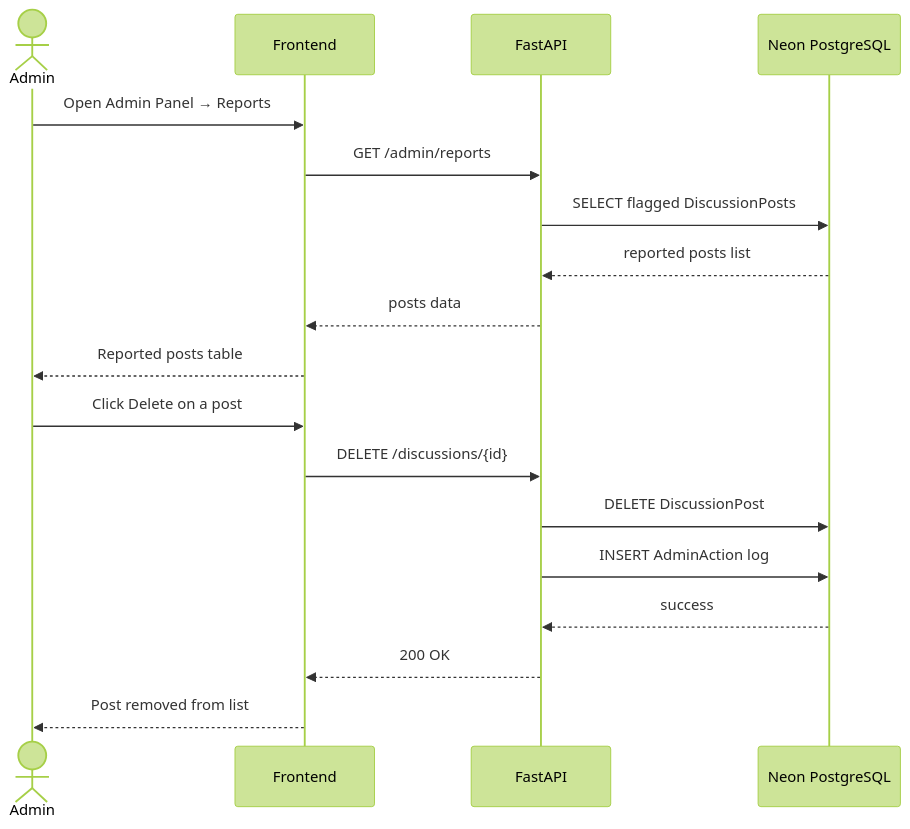
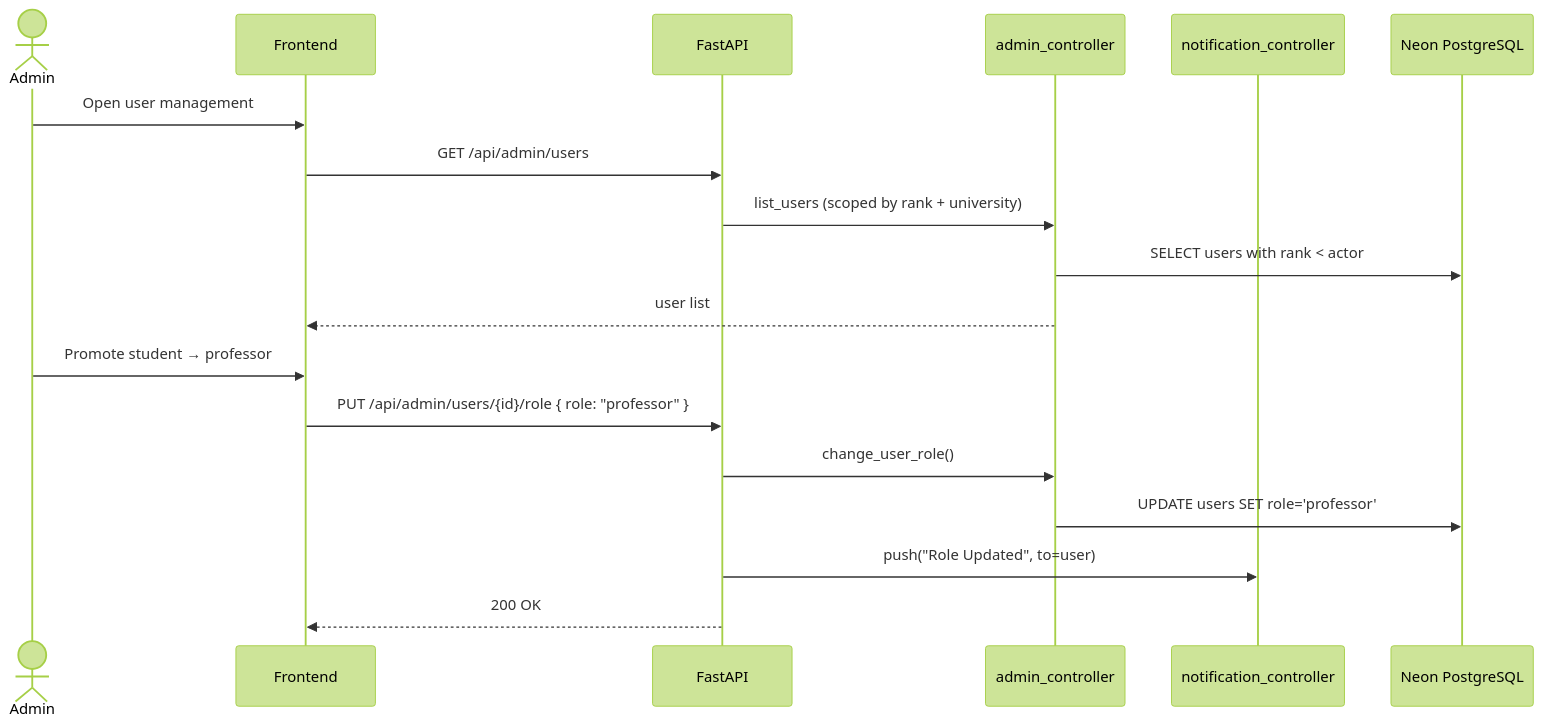
Before and after one commit to yazidha09/Hub4Learners: the fifth of 5 diagrams in docs/sprints/SPRINT_6.md, drawn with Mermaid (forest theme). The commit also changed other lines of this file and 5 other files, not shown here.

````diff
--- a/docs/sprints/SPRINT_6.md
+++ b/docs/sprints/SPRINT_6.md
@@ -132,22 +203,22 @@
 ```mermaid
 sequenceDiagram
     actor Admin
     participant Frontend
     participant FastAPI
-    participant Neon PostgreSQL
+    participant AdminCtrl as admin_controller
+    participant Notif as notification_controller
+    participant DB as Neon PostgreSQL
 
-    Admin->>Frontend: Open Admin Panel → Reports
-    Frontend->>FastAPI: GET /admin/reports
-    FastAPI->>Neon PostgreSQL: SELECT flagged DiscussionPosts
-    Neon PostgreSQL-->>FastAPI: reported posts list
-    FastAPI-->>Frontend: posts data
-    Frontend-->>Admin: Reported posts table
+    Admin->>Frontend: Open user management
+    Frontend->>FastAPI: GET /api/admin/users
+    FastAPI->>AdminCtrl: list_users (scoped by rank + university)
+    AdminCtrl->>DB: SELECT users with rank < actor
+    AdminCtrl-->>Frontend: user list
 
-    Admin->>Frontend: Click Delete on a post
-    Frontend->>FastAPI: DELETE /discussions/{id}
-    FastAPI->>Neon PostgreSQL: DELETE DiscussionPost
-    FastAPI->>Neon PostgreSQL: INSERT AdminAction log
-    Neon PostgreSQL-->>FastAPI: success
+    Admin->>Frontend: Promote student → professor
+    Frontend->>FastAPI: PUT /api/admin/users/{id}/role { role: "professor" }
+    FastAPI->>AdminCtrl: change_user_role()
+    AdminCtrl->>DB: UPDATE users SET role='professor'
+    FastAPI->>Notif: push("Role Updated", to=user)
     FastAPI-->>Frontend: 200 OK
-    Frontend-->>Admin: Post removed from list
 ```
````
